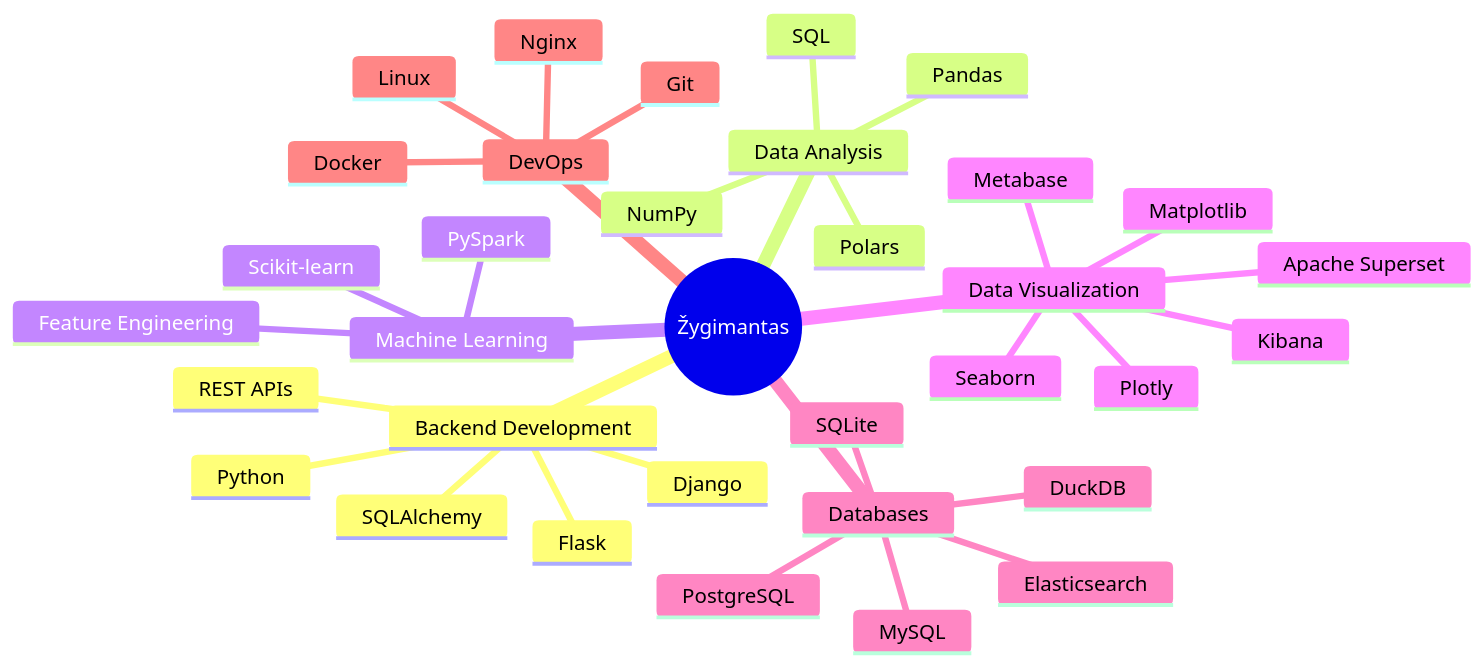
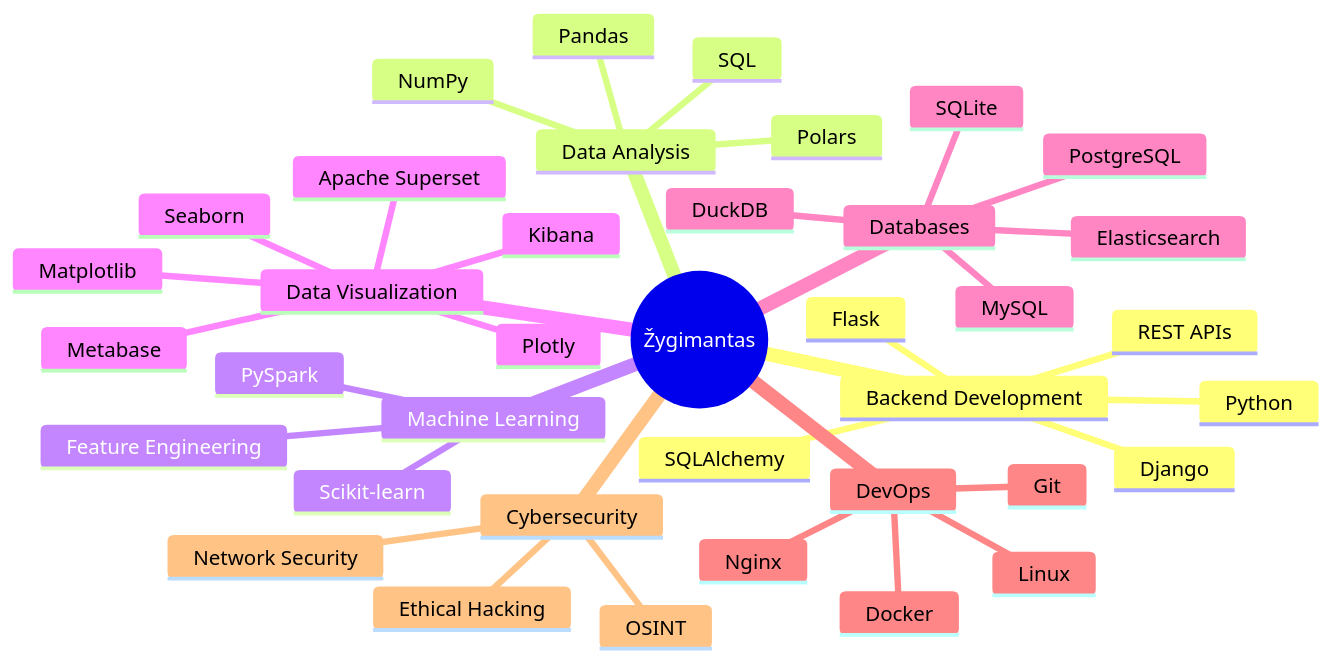
The diagram in README.md (ZygimantasB/ZygimantasB), drawn with Mermaid before and after one commit. The commit also changed other lines of this file, not shown here.

````diff
--- a/README.md
+++ b/README.md
@@ -267,37 +291,41 @@
 ```mermaid
 mindmap
   root((Žygimantas))
     Backend Development
       Python
       Django
       Flask
       SQLAlchemy
       REST APIs
     Data Analysis
       NumPy
       Pandas
       Polars
       SQL
     Machine Learning
       Scikit-learn
       PySpark
       Feature Engineering
     Data Visualization
       Matplotlib
       Seaborn
       Plotly
       Apache Superset
       Kibana
       Metabase
     Databases
       PostgreSQL
       MySQL
       SQLite
       DuckDB
       Elasticsearch
     DevOps
       Docker
       Git
       Linux
       Nginx
+    Cybersecurity
+      Ethical Hacking
+      Network Security
+      OSINT
 ```
````
